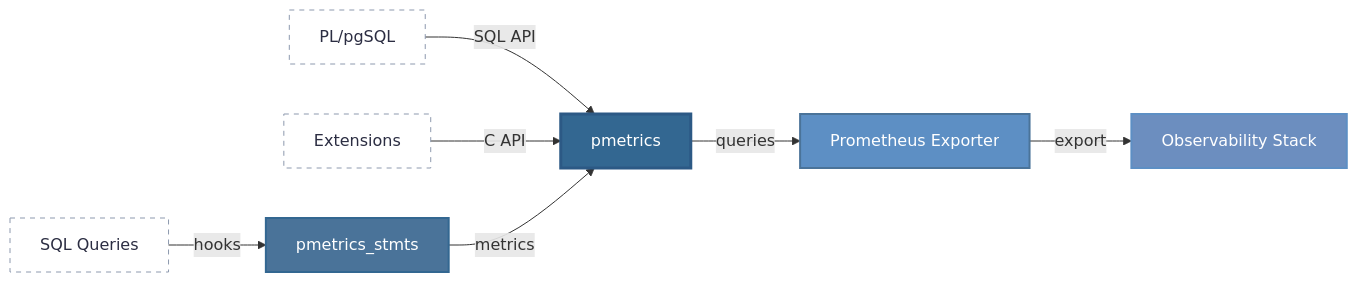
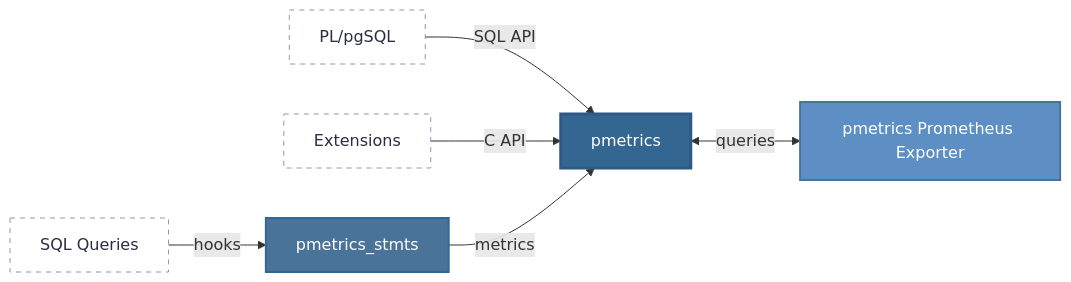
The diagram in README.md (v0idpwn-industries/pmetrics), drawn with Mermaid before and after one commit.

Commit message:
remove some stuff from chart

````diff
--- a/README.md
+++ b/README.md
@@ -5,28 +5,25 @@
 ```mermaid
 flowchart LR
     Q[SQL Queries]
     P[PL/pgSQL]
     E[Extensions]
 
     S[pmetrics_stmts]
     C[pmetrics]
 
-    X[Prometheus Exporter]
-    M[Observability Stack]
+    X[pmetrics Prometheus Exporter]
 
     Q -->|hooks| S
     P -->|SQL API| C
     E -->|C API| C
     S -->|metrics| C
 
-    C -->|queries| X
-    X -->|export| M
+    C <-->|queries| X
 
     style C fill:#336791,stroke:#2c5985,stroke-width:3px,color:#fff
     style S fill:#4a7399,stroke:#336791,stroke-width:2px,color:#fff
     style X fill:#5d8fc4,stroke:#4a7399,stroke-width:2px,color:#fff
-    style M fill:#6c8ebf,stroke:#5d8fc4,stroke-width:2px,color:#fff
     style Q fill:none,stroke:#8d99ae,stroke-width:1px,color:#2b2d42,stroke-dasharray: 5 5
     style P fill:none,stroke:#8d99ae,stroke-width:1px,color:#2b2d42,stroke-dasharray: 5 5
     style E fill:none,stroke:#8d99ae,stroke-width:1px,color:#2b2d42,stroke-dasharray: 5 5
 ```
````
